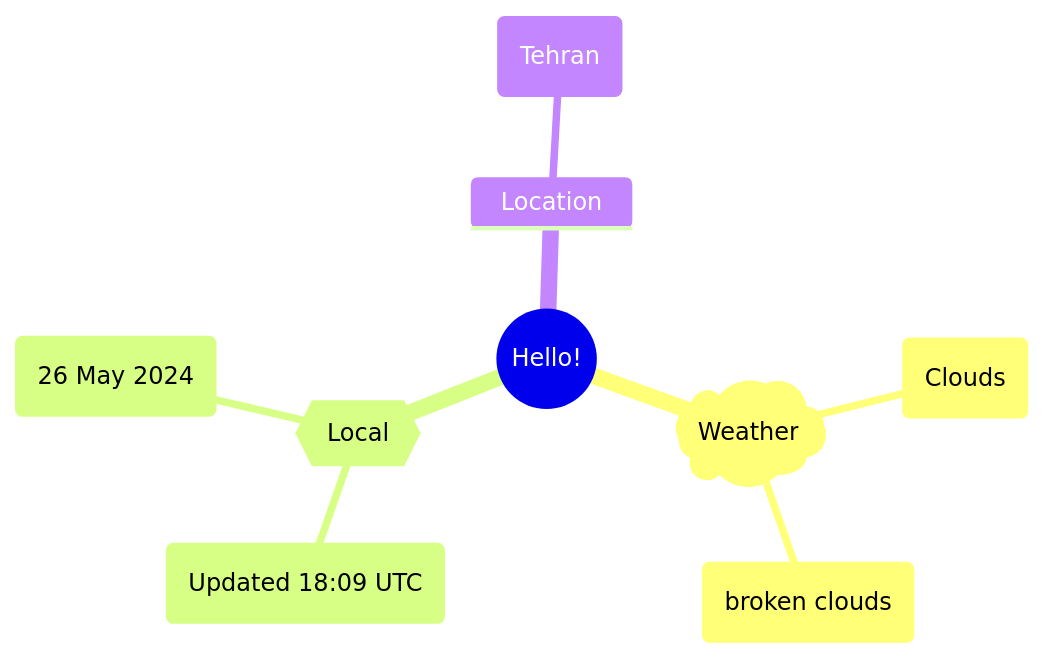
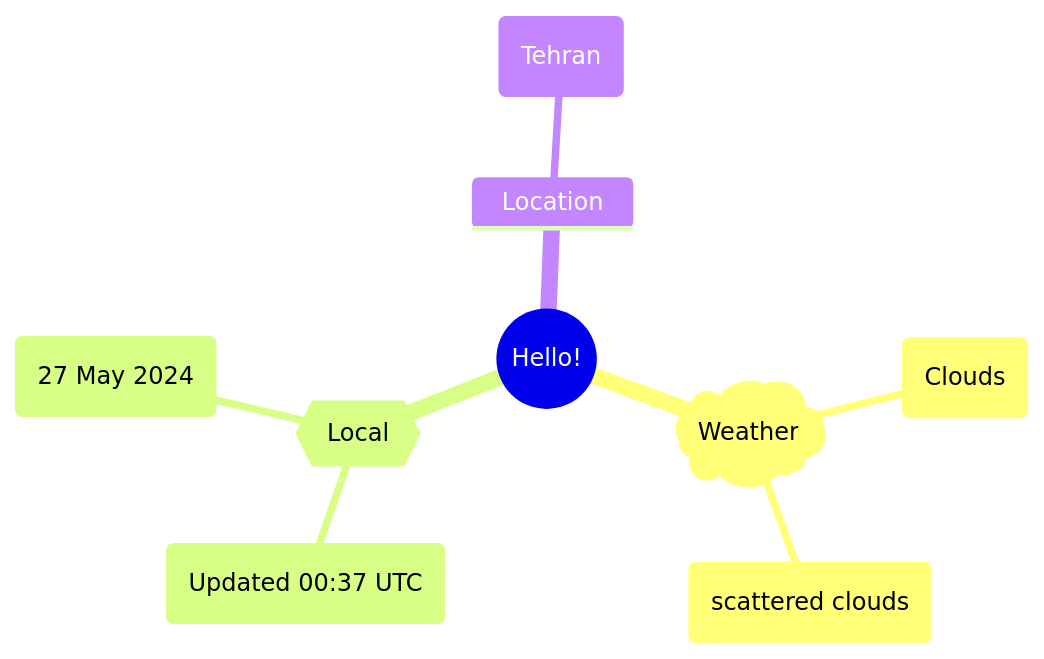
One commit to Xosrov/Xosrov changed the first of 2 diagrams in README.md. Above: the diagram before and after it, drawn with Mermaid.

Commit message:
[bot] updated images

````diff
--- a/README.md
+++ b/README.md
@@ -3,12 +3,12 @@
 ```mermaid
 mindmap
   root((Hello!))
     )Weather(
         (Clouds)
-        (broken clouds)
+        (scattered clouds)
     {{Local}}
-        (Updated 18:09 UTC)
-        (26 May 2024)
+        (Updated 00:37 UTC)
+        (27 May 2024)
     Location
         (Tehran)
 ```
````
